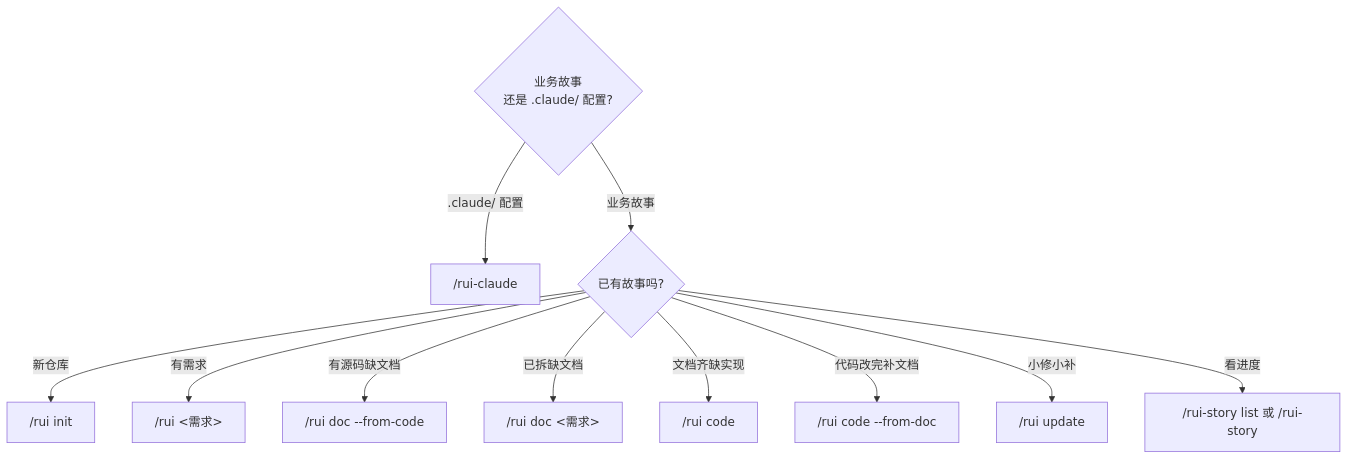
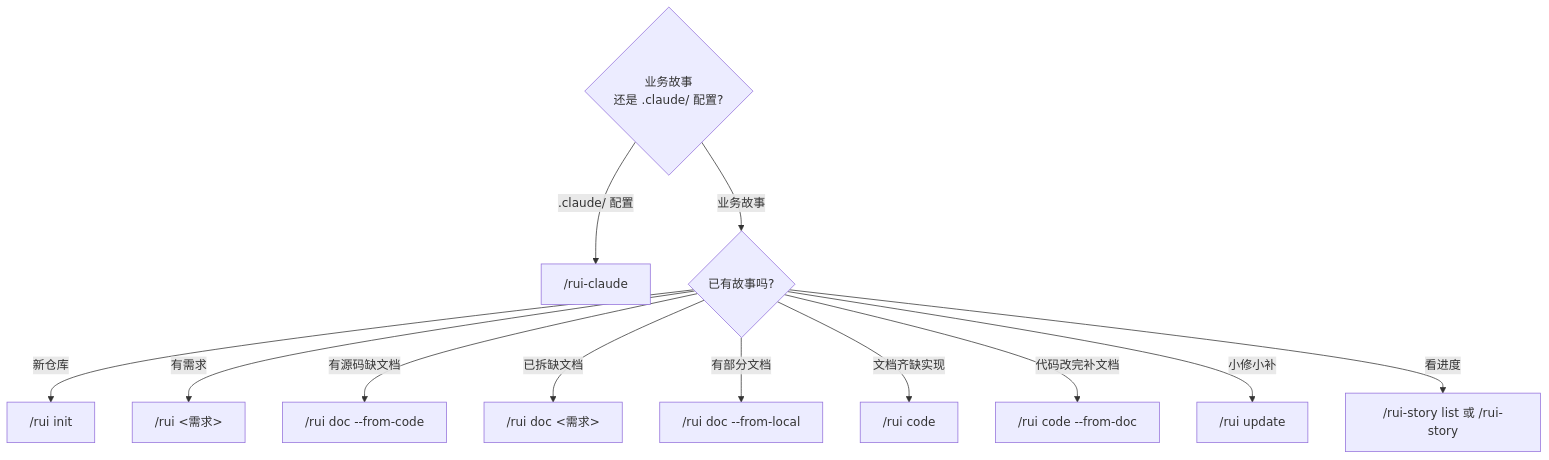
The first of 14 diagrams in skills/rui/SKILL.md (effiy/YrY), drawn with Mermaid before and after one commit. The commit also changed other lines of this file and 35 other files, not shown here.

````diff
--- a/skills/rui/SKILL.md
+++ b/skills/rui/SKILL.md
@@ -25,14 +20,15 @@
 ```mermaid
 flowchart TD
     Q1{"业务故事<br/>还是 .claude/ 配置?"}
     Q1 -->|".claude/ 配置"| RC["/rui-claude"]
     Q1 -->|"业务故事"| Q2{"已有故事吗?"}
     Q2 -->|"新仓库"| INIT["/rui init"]
     Q2 -->|"有需求"| E2E["/rui <需求>"]
     Q2 -->|"有源码缺文档"| FC["/rui doc --from-code"]
     Q2 -->|"已拆缺文档"| DOC["/rui doc <需求>"]
+    Q2 -->|"有部分文档"| LOC["/rui doc --from-local <name>"]
     Q2 -->|"文档齐缺实现"| CODE["/rui code <name>"]
     Q2 -->|"代码改完补文档"| FD["/rui code --from-doc"]
     Q2 -->|"小修小补"| UPD["/rui update"]
     Q2 -->|"看进度"| LIST["/rui-story list 或 /rui-story"]
 ```
````
